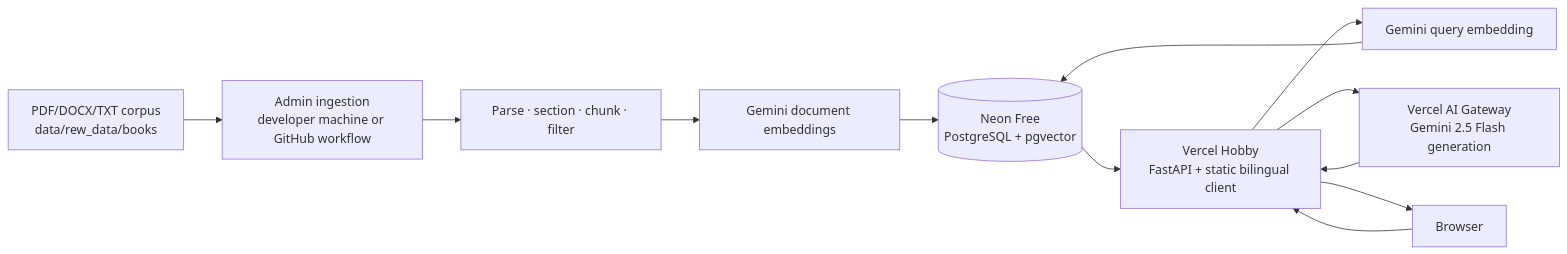
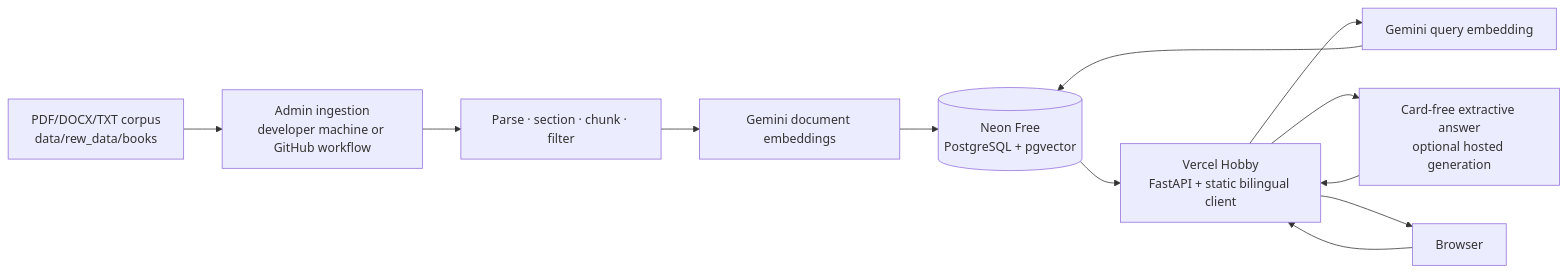
The fifth of 5 diagrams in README.md (ahmedelbamby-aast/Creativa-Hackathon-Clinical-Rag), drawn with Mermaid before and after one commit. The commit also changed other lines of this file and 8 other files, not shown here.

Commit message:
feat: add card-free extractive generation

````diff
--- a/README.md
+++ b/README.md
@@ -391,16 +392,16 @@
 ```mermaid
 flowchart LR
     corpus["PDF/DOCX/TXT corpus<br/>data/rew_data/books"]
     admin["Admin ingestion<br/>developer machine or GitHub workflow"]
     parsing["Parse · section · chunk · filter"]
     documentEmbeddings["Gemini document embeddings"]
     neon[("Neon Free<br/>PostgreSQL + pgvector")]
     browser["Browser"]
     vercel["Vercel Hobby<br/>FastAPI + static bilingual client"]
     queryEmbedding["Gemini query embedding"]
-    generation["Vercel AI Gateway<br/>Gemini 2.5 Flash generation"]
+    generation["Card-free extractive answer<br/>optional hosted generation"]
 
     corpus --> admin --> parsing --> documentEmbeddings --> neon
     browser --> vercel --> queryEmbedding --> neon
     neon --> vercel --> generation --> vercel --> browser
 ```
````
